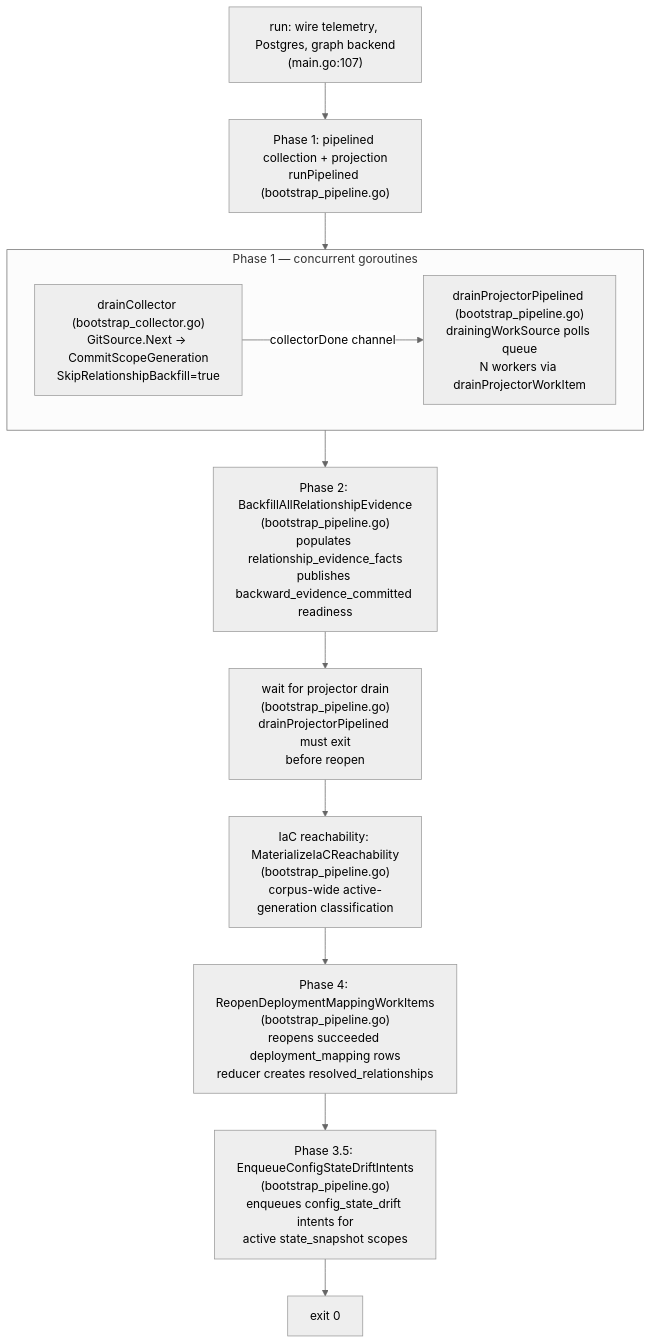
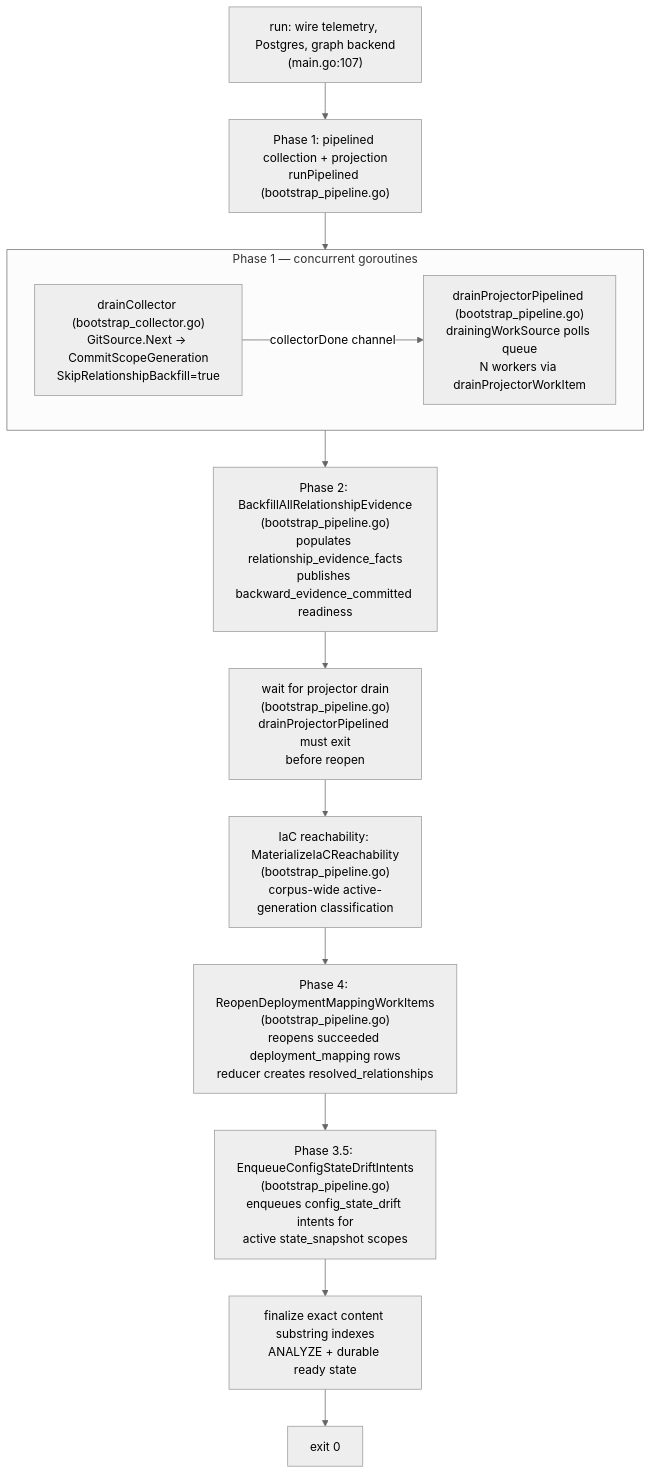
One commit to eshu-hq/eshu changed the diagram in go/cmd/bootstrap-index/README.md. Above: the diagram before and after it, drawn with Mermaid (neutral theme). The commit also changed other lines of this file and 57 other files, not shown here.

Commit message:
perf(postgres): defer content trigram indexes during bootstrap

````diff
--- a/go/cmd/bootstrap-index/README.md
+++ b/go/cmd/bootstrap-index/README.md
@@ -40,19 +40,20 @@
 ```mermaid
 flowchart TD
     A["run: wire telemetry, Postgres, graph backend\n(main.go:107)"]
     A --> B["Phase 1: pipelined collection + projection\nrunPipelined (bootstrap_pipeline.go)"]
 
     subgraph Phase1["Phase 1 — concurrent goroutines"]
         C["drainCollector (bootstrap_collector.go)\nGitSource.Next → CommitScopeGeneration\nSkipRelationshipBackfill=true"]
         D["drainProjectorPipelined (bootstrap_pipeline.go)\ndrainingWorkSource polls queue\nN workers via drainProjectorWorkItem"]
         C -- "collectorDone channel" --> D
     end
 
     B --> Phase1
     Phase1 --> E["Phase 2: BackfillAllRelationshipEvidence\n(bootstrap_pipeline.go)\npopulates relationship_evidence_facts\npublishes backward_evidence_committed readiness"]
     E --> F["wait for projector drain\n(bootstrap_pipeline.go)\ndrainProjectorPipelined must exit\nbefore reopen"]
     F --> G["IaC reachability: MaterializeIaCReachability\n(bootstrap_pipeline.go)\ncorpus-wide active-generation classification"]
     G --> H["Phase 4: ReopenDeploymentMappingWorkItems\n(bootstrap_pipeline.go)\nreopens succeeded deployment_mapping rows\nreducer creates resolved_relationships"]
     H --> H2["Phase 3.5: EnqueueConfigStateDriftIntents\n(bootstrap_pipeline.go)\nenqueues config_state_drift intents for\nactive state_snapshot scopes"]
-    H2 --> I["exit 0"]
+    H2 --> I["finalize exact content substring indexes\nANALYZE + durable ready state"]
+    I --> J["exit 0"]
 ```
````
